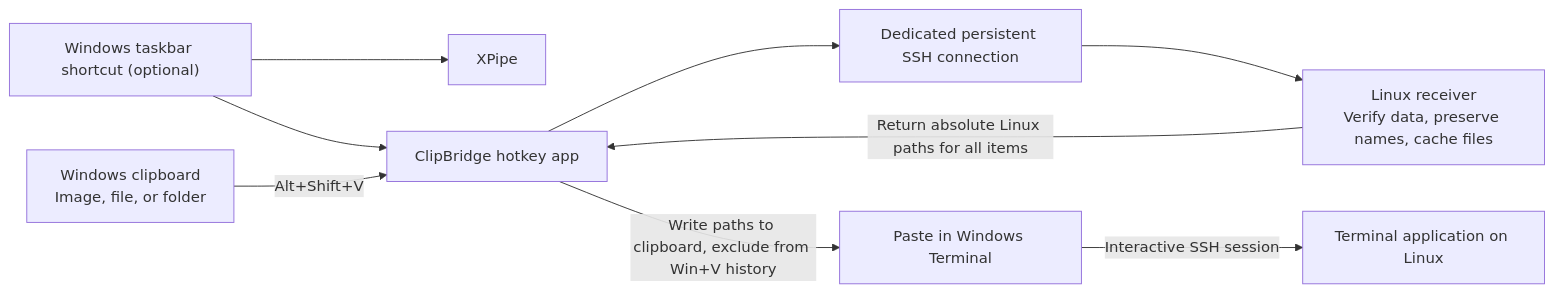
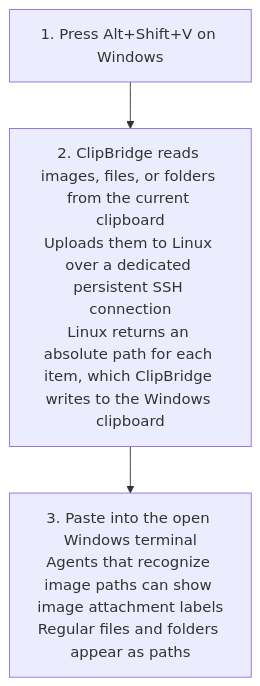
The diagram in README.md (NewbieToEverything/clip-win-linux), drawn with Mermaid before and after one commit. The commit also changed other lines of this file and 1 other file, not shown here.

Commit message:
Show the three steps from clipboard to terminal

````diff
--- a/README.md
+++ b/README.md
@@ -11,11 +11,5 @@
 ```mermaid
-flowchart LR
-    P["Windows taskbar shortcut (optional)"] --> X["XPipe"]
-    P --> H["ClipBridge hotkey app"]
-    C["Windows clipboard<br/>Image, file, or folder"] -->|"Alt+Shift+V"| H
-    H --> S["Dedicated persistent SSH connection"]
-    S --> L["Linux receiver<br/>Verify data, preserve names, cache files"]
-    L -->|"Return absolute Linux paths for all items"| H
-    H -->|"Write paths to clipboard, exclude from Win+V history"| V["Paste in Windows Terminal"]
-    V -->|"Interactive SSH session"| A["Terminal application on Linux"]
+flowchart TD
+    A["1. Press Alt+Shift+V on Windows"] --> B["2. ClipBridge reads images, files, or folders from the current clipboard<br/>Uploads them to Linux over a dedicated persistent SSH connection<br/>Linux returns an absolute path for each item, which ClipBridge writes to the Windows clipboard"]
+    B --> C["3. Paste into the open Windows terminal<br/>Agents that recognize image paths can show image attachment labels<br/>Regular files and folders appear as paths"]
 ```
````
